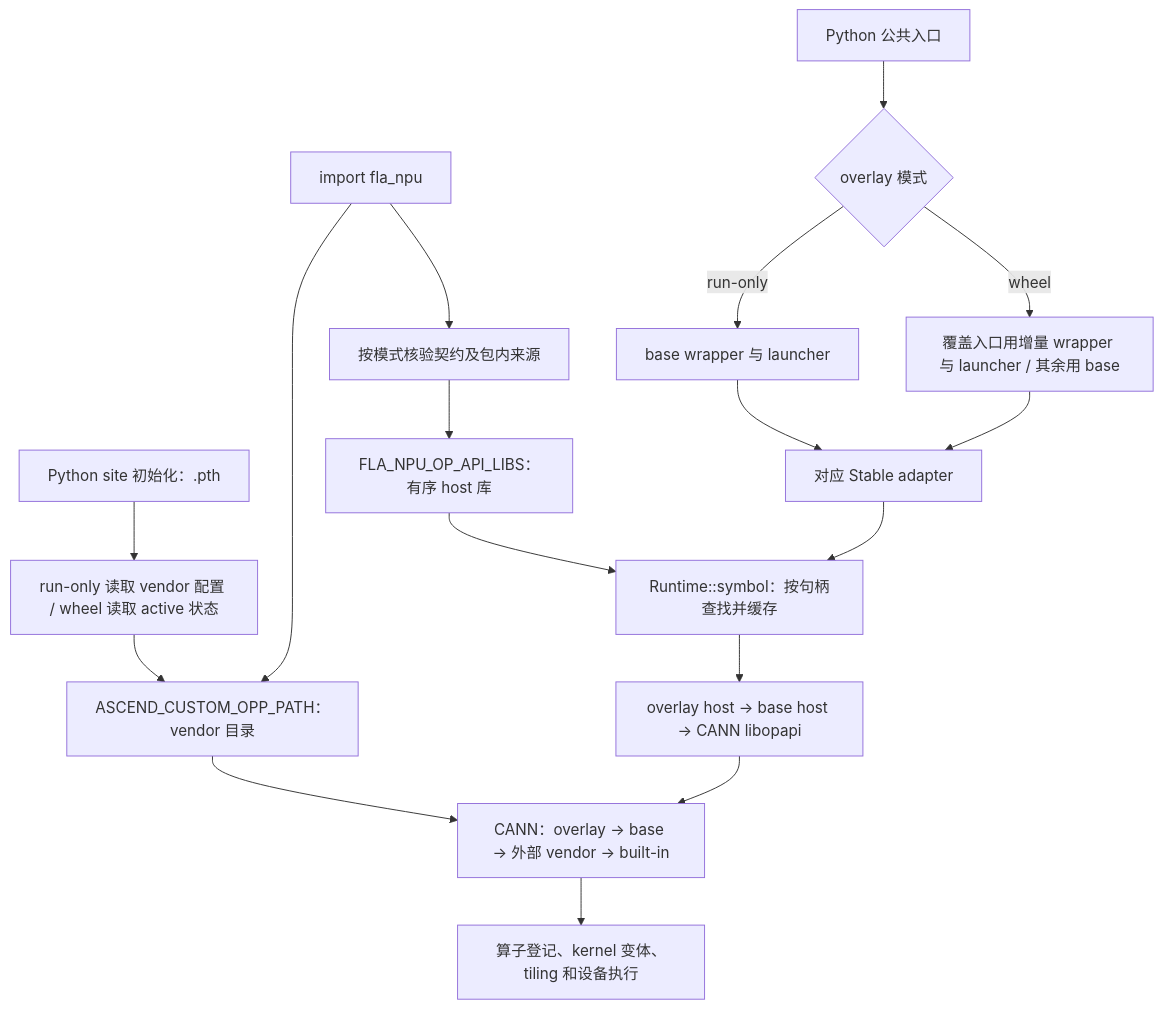
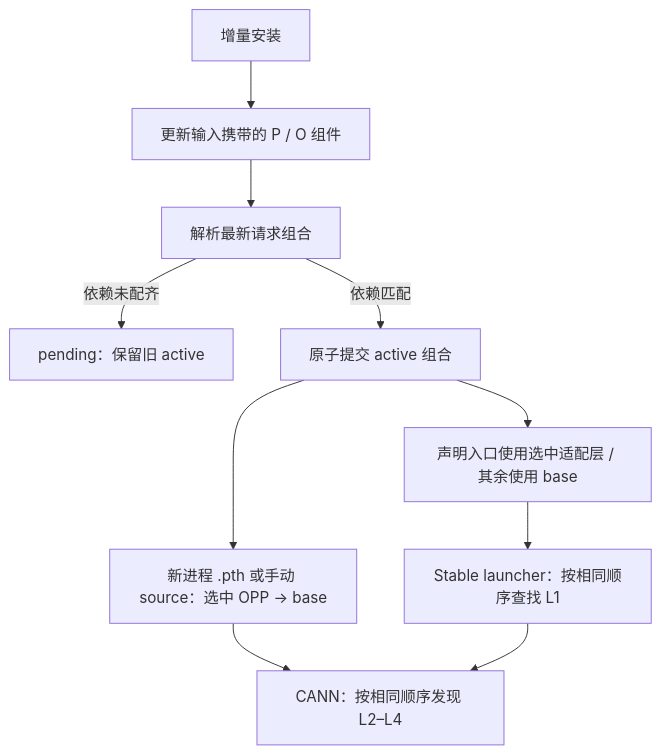
The diagram in docs/OPP叠加层增量设计.md (flashserve/flash-linear-attention-npu), drawn with Mermaid before and after one commit. The commit also changed other lines of this file and 9 other files, not shown here.

Commit message:
feat: compose adapter and OPP overlays independently

````diff
--- a/docs/OPP叠加层增量设计.md
+++ b/docs/OPP叠加层增量设计.md
@@ -43,19 +46,12 @@
 ```mermaid
 flowchart TD
-    P[Python site 初始化：.pth] --> V[run-only 读取 vendor 配置 / wheel 读取 active 状态]
-    V --> E[ASCEND_CUSTOM_OPP_PATH：vendor 目录]
-    I[import fla_npu] --> A[按模式核验契约及包内来源]
-    A --> H[FLA_NPU_OP_API_LIBS：有序 host 库]
-    I --> E
-    W[Python 公共入口] --> M{overlay 模式}
-    M -->|run-only| B[base wrapper 与 launcher]
-    M -->|wheel| D[覆盖入口用增量 wrapper 与 launcher / 其余用 base]
-    B --> S[对应 Stable adapter]
-    D --> S
-    H --> R[Runtime::symbol：按句柄查找并缓存]
-    S --> R
-    R --> O[overlay host → base host → CANN libopapi]
-    E --> C[CANN：overlay → base → 外部 vendor → built-in]
-    O --> C
-    C --> K[算子登记、kernel 变体、tiling 和设备执行]
+    I[增量安装] --> P[更新输入携带的 P / O 组件]
+    P --> R[解析最新请求组合]
+    R -->|依赖未配齐| Q[pending：保留旧 active]
+    R -->|依赖匹配| A[原子提交 active 组合]
+    A --> E[新进程 .pth 或手动 source：选中 OPP → base]
+    A --> W[声明入口使用选中适配层 / 其余使用 base]
+    E --> C[CANN：按相同顺序发现 L2–L4]
+    W --> H[Stable launcher：按相同顺序查找 L1]
+    H --> C
 ```
````
